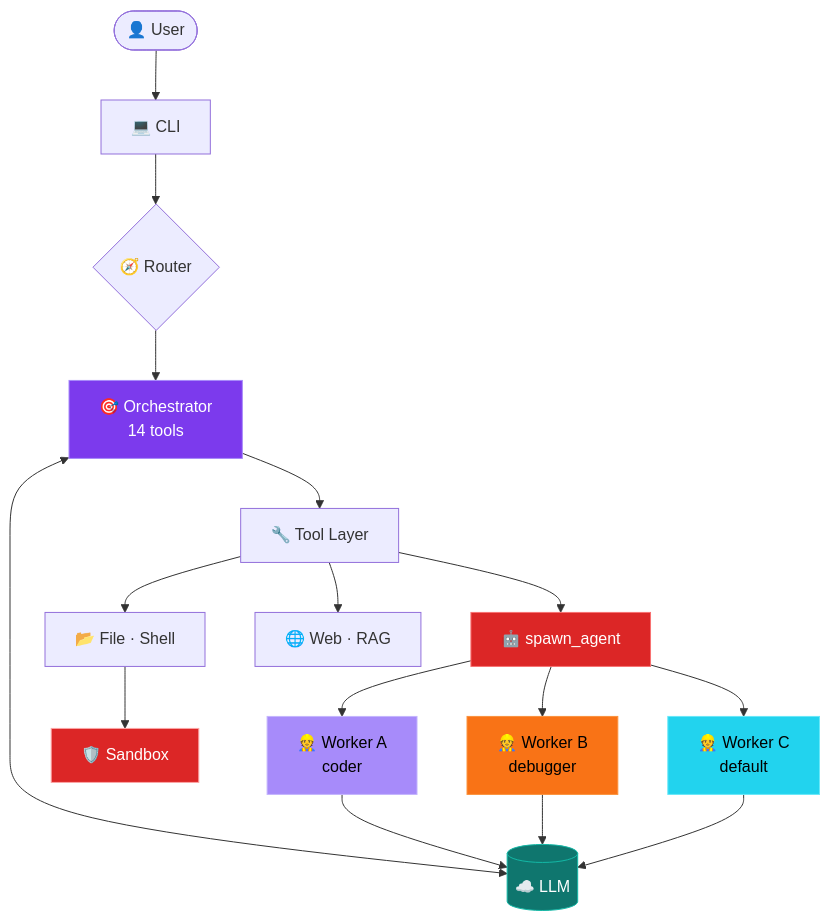
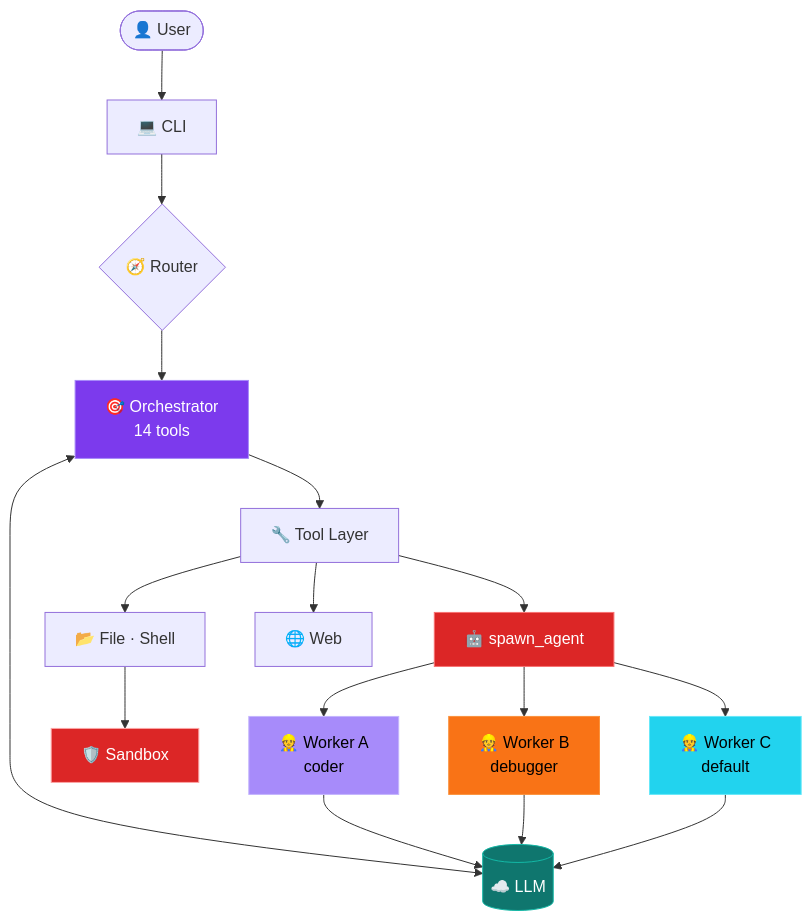
The second of 3 diagrams in README.md (switin2006/CodeCopilot), drawn with Mermaid before and after one commit. The commit also changed other lines of this file and 10 other files, not shown here.

````diff
--- a/README.md
+++ b/README.md
@@ -160,30 +156,30 @@
 ```mermaid
 flowchart TD
     User([👤 User]) --> CLI[💻 CLI]
     CLI --> Router{🧭 Router}
     Router --> Orch[🎯 Orchestrator<br/>14 tools]
     Orch <--> LLM[(☁️ LLM)]
     Orch --> Tools[🔧 Tool Layer]
 
     Tools --> FS[📂 File · Shell]
-    Tools --> Web[🌐 Web · RAG]
+    Tools --> Web[🌐 Web]
     Tools --> Spawn[🤖 spawn_agent]
 
     Spawn --> WA[👷 Worker A<br/>coder]
     Spawn --> WB[👷 Worker B<br/>debugger]
     Spawn --> WC[👷 Worker C<br/>default]
 
     WA --> LLM
     WB --> LLM
     WC --> LLM
 
     FS --> Sandbox[🛡️ Sandbox]
 
     style Orch fill:#7c3aed,stroke:#a78bfa,color:#fff
     style LLM fill:#0f766e,stroke:#14b8a6,color:#fff
     style Spawn fill:#dc2626,stroke:#f87171,color:#fff
     style WA fill:#a78bfa,stroke:#c4b5fd,color:#000
     style WB fill:#f97316,stroke:#fb923c,color:#000
     style WC fill:#22d3ee,stroke:#67e8f9,color:#000
     style Sandbox fill:#dc2626,stroke:#fca5a5,color:#fff
 ```
````
